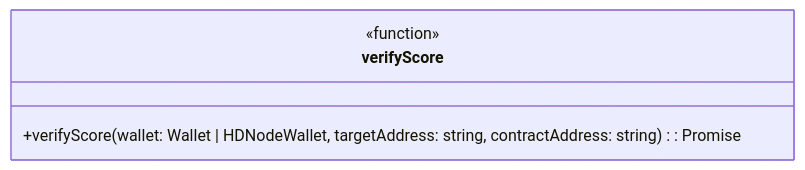
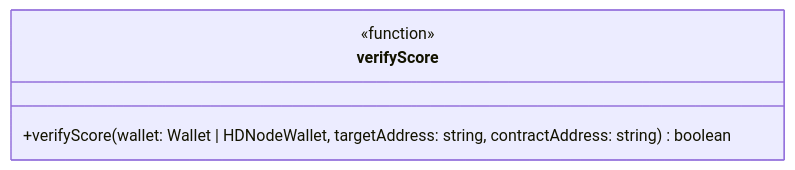
The fourth of 4 diagrams in docs/scoring.md (C0A21130/web3-demo-app), drawn with Mermaid before and after one commit. The commit also changed other lines of this file and 29 other files, not shown here.

````diff
--- a/docs/scoring.md
+++ b/docs/scoring.md
@@ -296,7 +302,7 @@
 ```mermaid
 classDiagram
     class verifyScore {
         <<function>>
-        +verifyScore(wallet: Wallet | HDNodeWallet, targetAddress: string, contractAddress: string): Promise<boolean>
+        +verifyScore(wallet: Wallet | HDNodeWallet, targetAddress: string, contractAddress: string) boolean
     }
 ```
````
